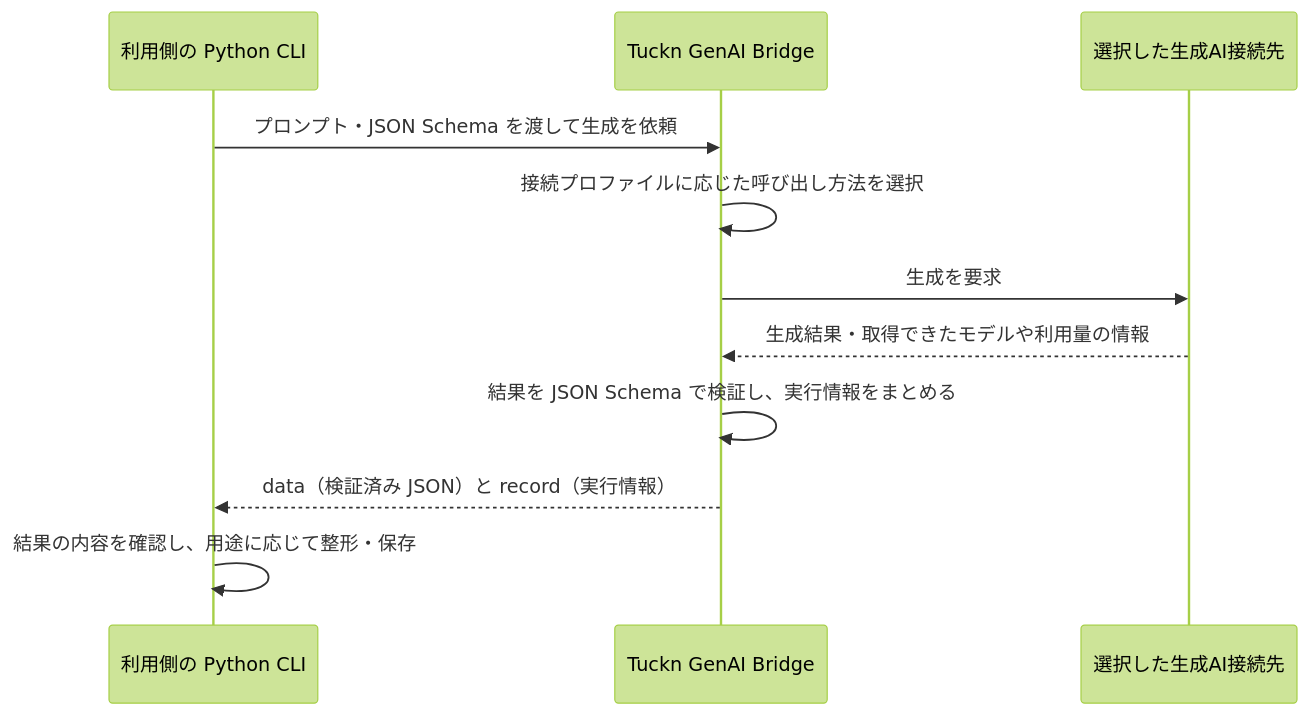
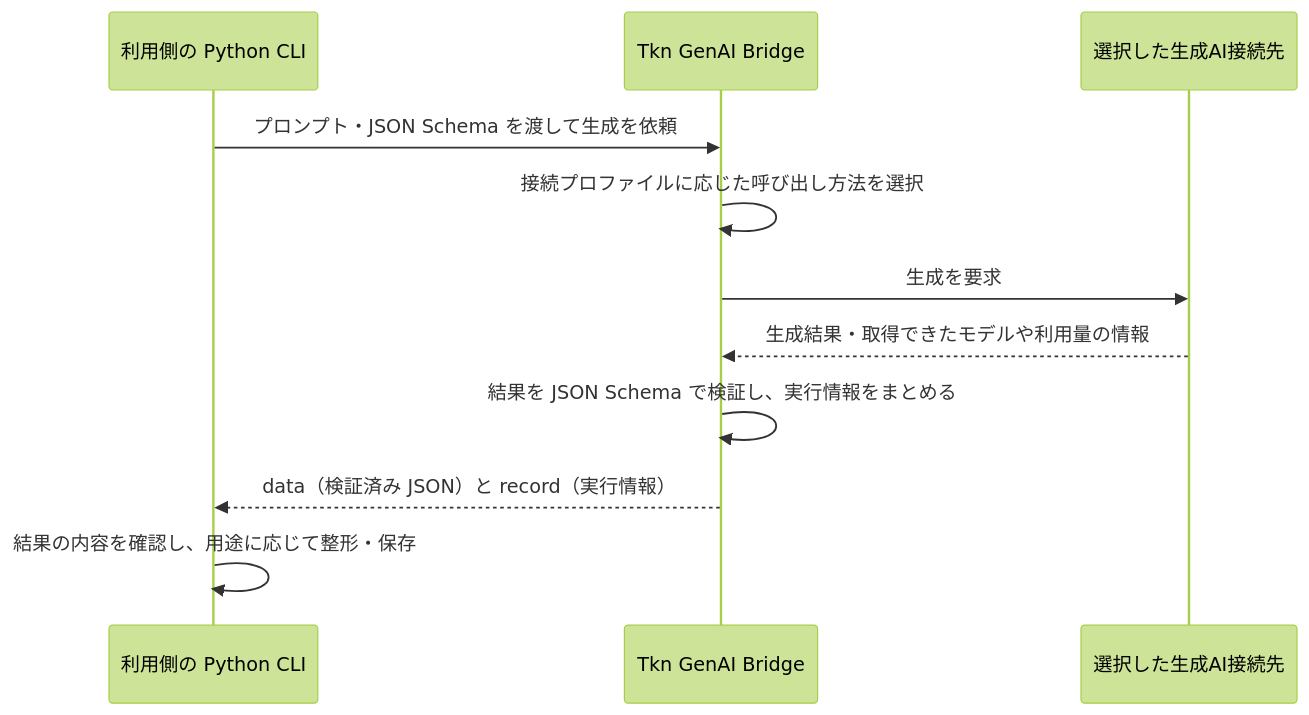
The first of 2 diagrams in README.md (tuckn/tkn_genai_bridge), drawn with Mermaid (forest theme) before and after one commit. The commit also changed other lines of this file and 17 other files, not shown here.

````diff
--- a/README.md
+++ b/README.md
@@ -11,14 +12,14 @@
 ```mermaid
 sequenceDiagram
     participant App as 利用側の Python CLI
-    participant Bridge as Tuckn GenAI Bridge
+    participant Bridge as Tkn GenAI Bridge
     participant AI as 選択した生成AI接続先
 
     App->>Bridge: プロンプト・JSON Schema を渡して生成を依頼
     Bridge->>Bridge: 接続プロファイルに応じた呼び出し方法を選択
     Bridge->>AI: 生成を要求
     AI-->>Bridge: 生成結果・取得できたモデルや利用量の情報
     Bridge->>Bridge: 結果を JSON Schema で検証し、実行情報をまとめる
     Bridge-->>App: data（検証済み JSON）と record（実行情報）
     App->>App: 結果の内容を確認し、用途に応じて整形・保存
 ```
````
